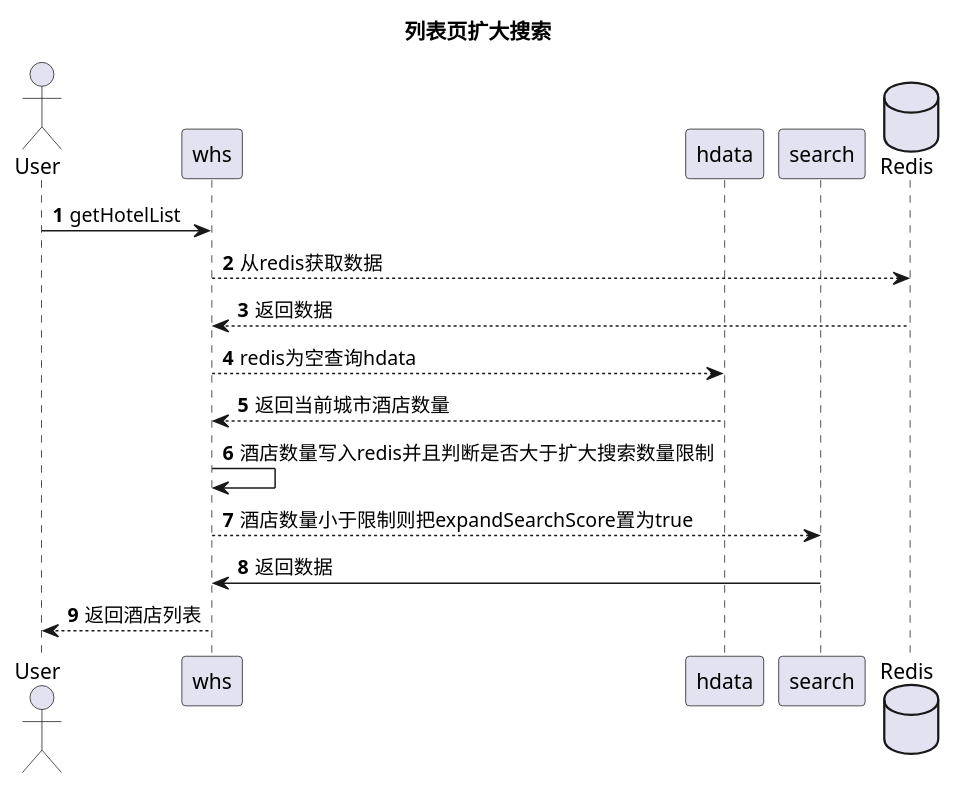
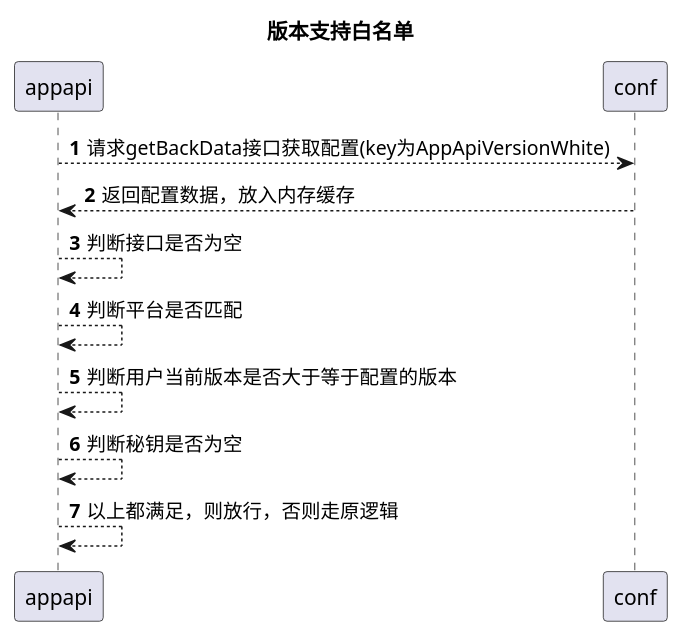
One commit to tuyongjian/Study changed the diagram in src/main/java/com/tu/study/util/demo.puml. Above: the diagram before and after it, drawn with PlantUML. The commit also changed 6 other files, not shown here.

```diff
--- a/src/main/java/com/tu/study/util/demo.puml
+++ b/src/main/java/com/tu/study/util/demo.puml
@@ -1,20 +1,17 @@
 @startuml
-title 列表页扩大搜索
-actor User as user
+title 版本支持白名单
+participant "appapi" as appapi
+participant "conf" as conf
 
-participant "whs" as whs
-participant "hdata" as hdata
-participant "search" as search
-database "Redis" as redis
+
+
 
 autonumber
-user-> whs:getHotelList
-whs--> redis: 从redis获取数据
-redis--> whs:返回数据
-whs-->hdata:redis为空查询hdata
-hdata-->whs:返回当前城市酒店数量
-whs->whs:酒店数量写入redis并且判断是否大于扩大搜索数量限制
-whs-->search:酒店数量小于限制则把expandSearchScore置为true
-search->whs:返回数据
-whs-->user:返回酒店列表
+appapi-->conf:请求getBackData接口获取配置(key为AppApiVersionWhite)
+conf--> appapi:返回配置数据，放入内存缓存
+appapi-->appapi:判断接口是否为空
+appapi-->appapi:判断平台是否匹配
+appapi-->appapi:判断用户当前版本是否大于等于配置的版本
+appapi-->appapi:判断秘钥是否为空
+appapi-->appapi:以上都满足，则放行，否则走原逻辑
 @enduml
```
